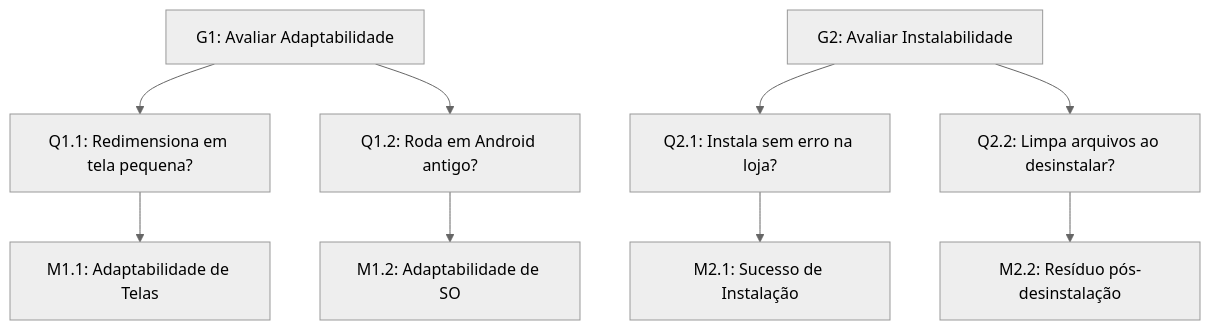
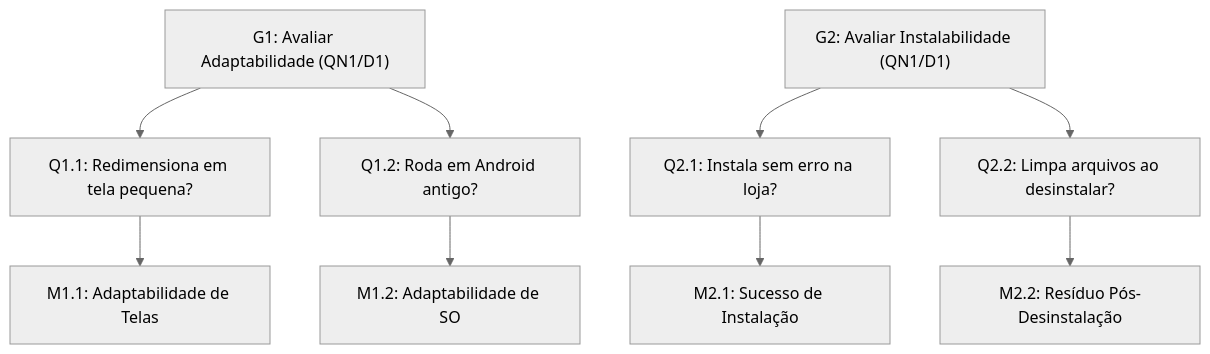
One commit to FCTE-Qualidade-de-Software-1/2026-2_T02_CAROL_SHAW changed the first of 3 diagrams in docs/fase2/rastreabilidade-diagrama GQM.md. Above: the diagram before and after it, drawn with Mermaid (neutral theme). The commit also changed other lines of this file and 6 other files, not shown here.

````diff
--- a/docs/fase2/rastreabilidade-diagrama GQM.md
+++ b/docs/fase2/rastreabilidade-diagrama GQM.md
@@ -36,13 +43,13 @@
 ```mermaid
 flowchart TD
-    G1["G1: Avaliar Adaptabilidade"] --> Q11["Q1.1: Redimensiona em tela pequena?"]
+    G1["G1: Avaliar Adaptabilidade (QN1/D1)"] --> Q11["Q1.1: Redimensiona em tela pequena?"]
     G1 --> Q12["Q1.2: Roda em Android antigo?"]
 
-    G2["G2: Avaliar Instalabilidade"] --> Q21["Q2.1: Instala sem erro na loja?"]
+    G2["G2: Avaliar Instalabilidade (QN1/D1)"] --> Q21["Q2.1: Instala sem erro na loja?"]
     G2 --> Q22["Q2.2: Limpa arquivos ao desinstalar?"]
 
     Q11 --> M11["M1.1: Adaptabilidade de Telas"]
     Q12 --> M12["M1.2: Adaptabilidade de SO"]
     Q21 --> M21["M2.1: Sucesso de Instalação"]
-    Q22 --> M22["M2.2: Resíduo pós-desinstalação"]
+    Q22 --> M22["M2.2: Resíduo Pós-Desinstalação"]
 ```
````
